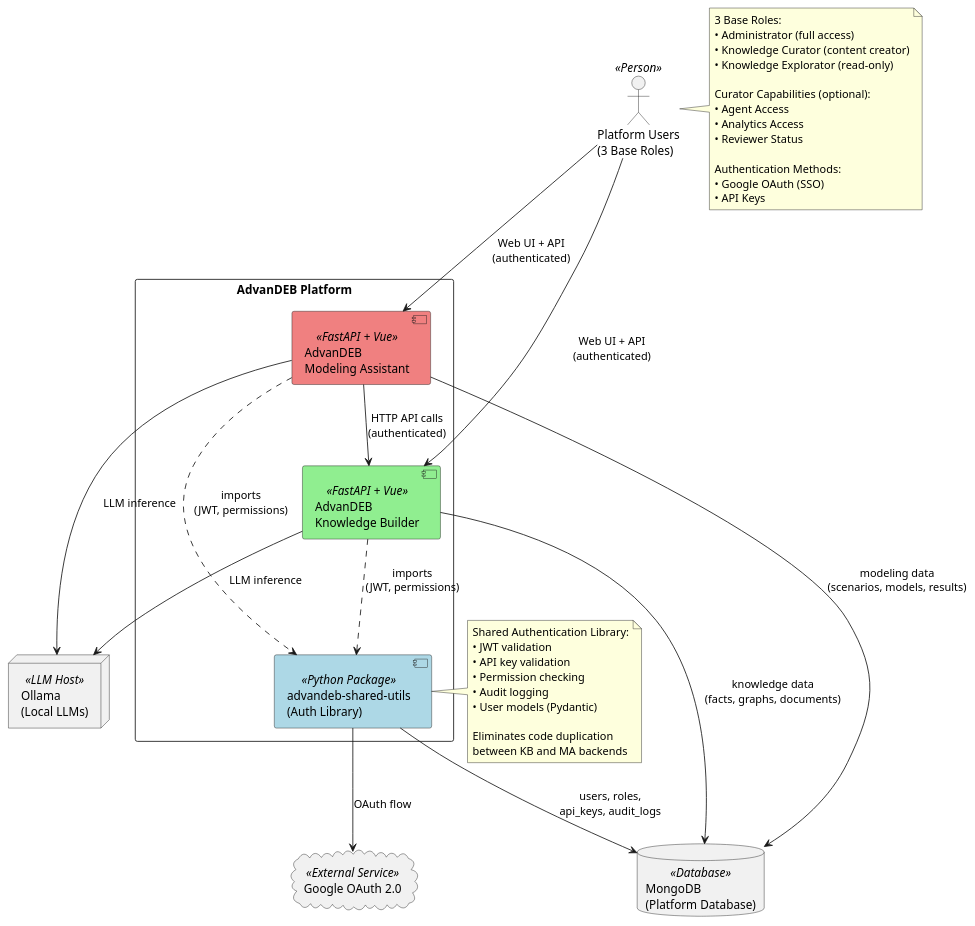
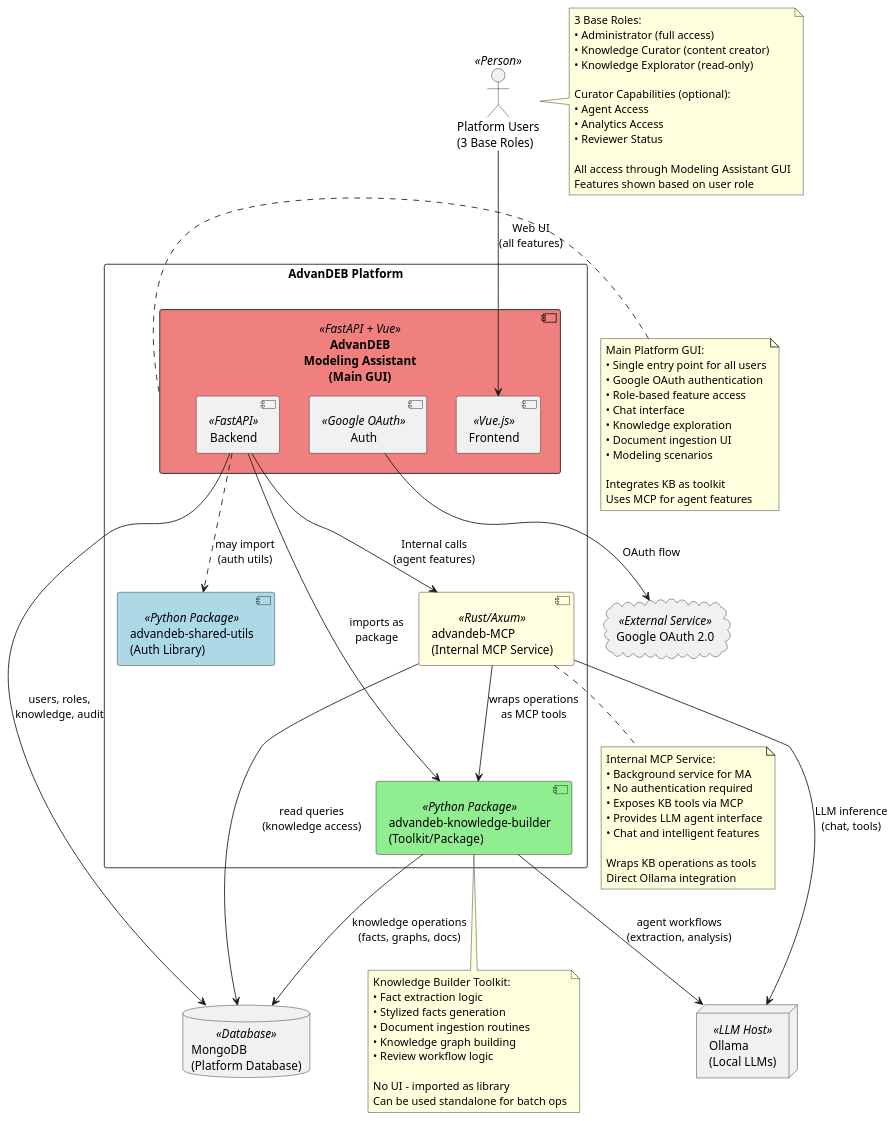
Before and after one commit to AdvanDEB/advandeb: the diagram in docs/diagrams/system-context.puml, drawn with PlantUML. The commit also changed 27 other files, not shown here.

First line of the commit message:
Major architecture revision: MA as main GUI, KB as toolkit, MCP as tool server

```diff
--- a/docs/diagrams/system-context.puml
+++ b/docs/diagrams/system-context.puml
@@ -1,70 +1,103 @@
 @startuml
-' AdvanDEB System Context Diagram (Clean - High Level Only)
+' AdvanDEB System Context Diagram - Revised Architecture
 
 ' Define user groups
 actor "Platform Users\n(3 Base Roles)" as Users <<Person>>
 
 ' Main platform rectangle
 rectangle "AdvanDEB Platform" {
   
-  ' Shared authentication library
+  ' Main GUI Platform
+  component "AdvanDEB\nModeling Assistant\n(Main GUI)" as MA <<FastAPI + Vue>> #LightCoral {
+    component "Frontend" as MAFront <<Vue.js>>
+    component "Backend" as MABack <<FastAPI>>
+    component "Auth" as MAAuth <<Google OAuth>>
+  }
+  
+  ' Knowledge Builder as toolkit/package
+  component "advandeb-knowledge-builder\n(Toolkit/Package)" as KB <<Python Package>> #LightGreen
+  
+  ' MCP Server
+  component "advandeb-MCP\n(Internal MCP Service)" as MCP <<Rust/Axum>> #LightYellow
+  
+  ' Shared utils (optional)
   component "advandeb-shared-utils\n(Auth Library)" as SharedUtils <<Python Package>> #LightBlue
   
-  ' Main components
-  component "AdvanDEB\nKnowledge Builder" as KB <<FastAPI + Vue>> #LightGreen
-  component "AdvanDEB\nModeling Assistant" as MA <<FastAPI + Vue>> #LightCoral
-  
   ' Internal relationships
-  KB ..> SharedUtils : imports\n(JWT, permissions)
-  MA ..> SharedUtils : imports\n(JWT, permissions)
-  MA --> KB : HTTP API calls\n(authenticated)
+  MABack --> KB : imports as\npackage
+  MABack ..> SharedUtils : may import\n(auth utils)
+  MABack --> MCP : Internal calls\n(agent features)
+  MCP --> KB : wraps operations\nas MCP tools
 }
 
 ' External services
 cloud "Google OAuth 2.0" as GoogleOAuth <<External Service>>
 database "MongoDB\n(Platform Database)" as MongoDB <<Database>>
 node "Ollama\n(Local LLMs)" as Ollama <<LLM Host>>
 
-' User interactions (simplified)
-Users --> KB : Web UI + API\n(authenticated)
-Users --> MA : Web UI + API\n(authenticated)
+' User interactions
+Users --> MAFront : Web UI\n(all features)
 
 ' Platform to external services
-SharedUtils --> GoogleOAuth : OAuth flow
-SharedUtils --> MongoDB : users, roles,\napi_keys, audit_logs
+MAAuth --> GoogleOAuth : OAuth flow
+MABack --> MongoDB : users, roles,\nknowledge, audit
+KB --> MongoDB : knowledge operations\n(facts, graphs, docs)
+MCP --> MongoDB : read queries\n(knowledge access)
 
-KB --> MongoDB : knowledge data\n(facts, graphs, documents)
-MA --> MongoDB : modeling data\n(scenarios, models, results)
-
-KB --> Ollama : LLM inference
-MA --> Ollama : LLM inference
+KB --> Ollama : agent workflows\n(extraction, analysis)
+MCP --> Ollama : LLM inference\n(chat, tools)
 
 note right of Users
   3 Base Roles:
   • Administrator (full access)
   • Knowledge Curator (content creator)
   • Knowledge Explorator (read-only)
   
   Curator Capabilities (optional):
   • Agent Access
   • Analytics Access
   • Reviewer Status
   
-  Authentication Methods:
-  • Google OAuth (SSO)
-  • API Keys
+  All access through Modeling Assistant GUI
+  Features shown based on user role
 end note
 
-note left of SharedUtils
-  Shared Authentication Library:
-  • JWT validation
-  • API key validation
-  • Permission checking
-  • Audit logging
-  • User models (Pydantic)
+note left of MA
+  Main Platform GUI:
+  • Single entry point for all users
+  • Google OAuth authentication
+  • Role-based feature access
+  • Chat interface
+  • Knowledge exploration
+  • Document ingestion UI
+  • Modeling scenarios
   
-  Eliminates code duplication
-  between KB and MA backends
+  Integrates KB as toolkit
+  Uses MCP for agent features
+end note
+
+note bottom of KB
+  Knowledge Builder Toolkit:
+  • Fact extraction logic
+  • Stylized facts generation
+  • Document ingestion routines
+  • Knowledge graph building
+  • Review workflow logic
+  
+  No UI - imported as library
+  Can be used standalone for batch ops
+end note
+
+note bottom of MCP
+  Internal MCP Service:
+  • Background service for MA
+  • No authentication required
+  • Exposes KB tools via MCP
+  • Provides LLM agent interface
+  • Chat and intelligent features
+  
+  Wraps KB operations as tools
+  Direct Ollama integration
 end note
 
 @enduml
```
